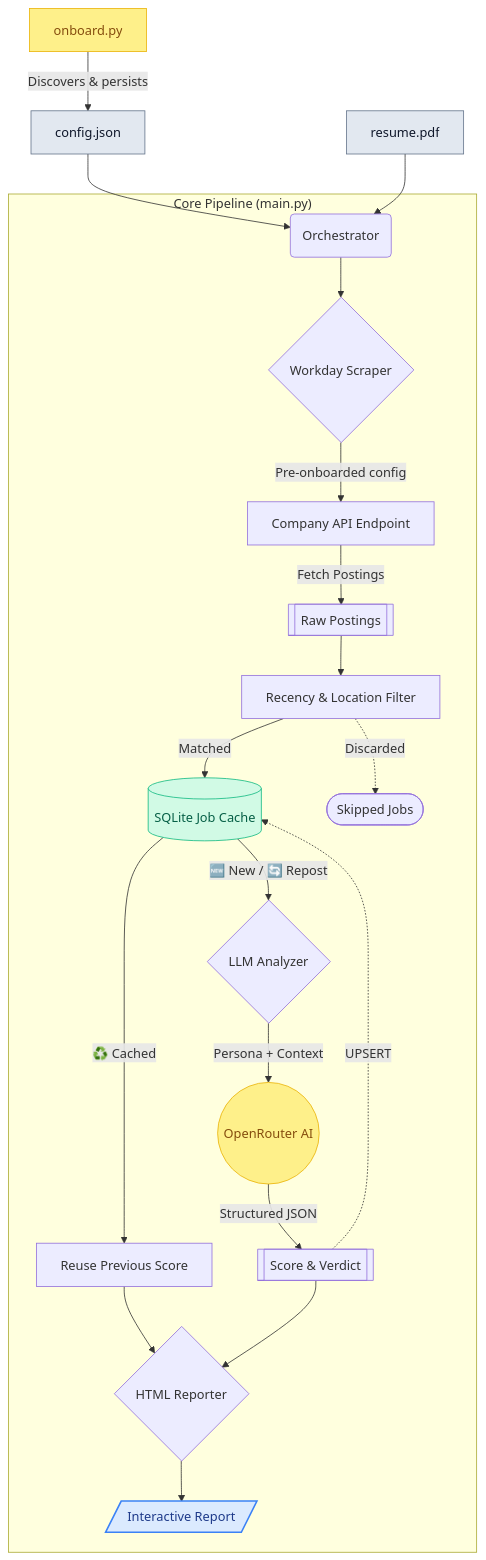
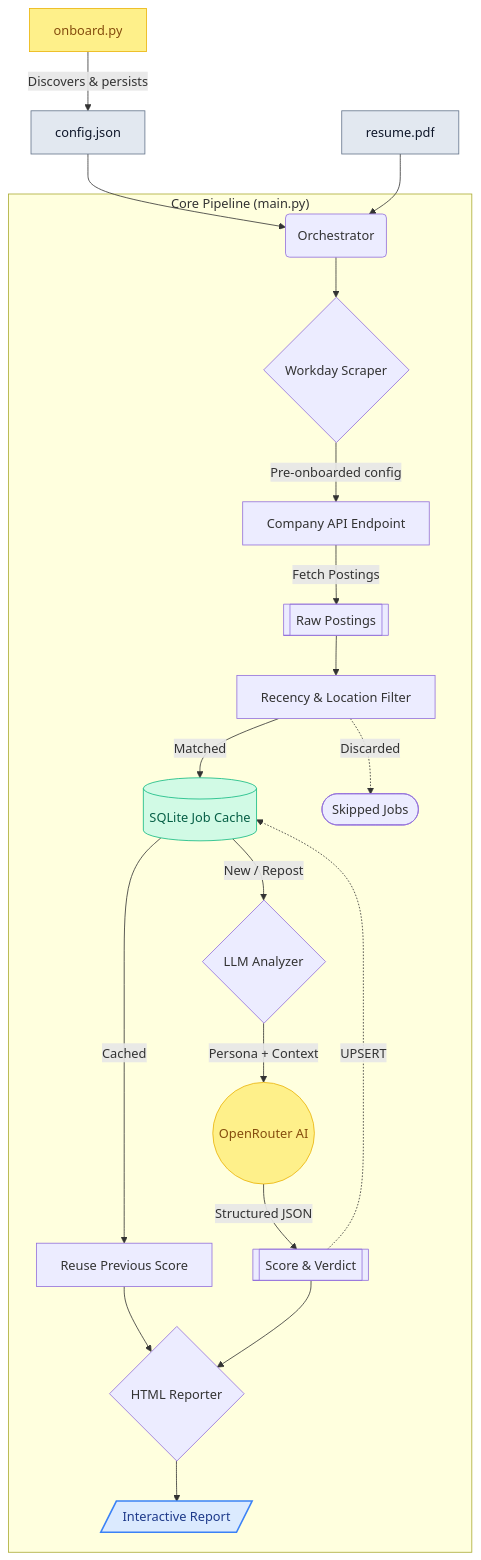
The diagram in README.md (krishnatejh/jobHunter_AG_o4.6), drawn with Mermaid before and after one commit. The commit also changed other lines of this file and 3 other files, not shown here.

````diff
--- a/README.md
+++ b/README.md
@@ -30,33 +30,33 @@
 ```mermaid
 flowchart TD
     Onboard["onboard.py"] -->|Discovers & persists| Config
     Config["`config.json`"] --> Orchestrator
     Resume["`resume.pdf`"] --> Orchestrator
 
     subgraph "Core Pipeline (main.py)"
         Orchestrator(Orchestrator) --> Scraper{Workday Scraper}
         Scraper -->|Pre-onboarded config| ExternalAPI[Company API Endpoint]
         ExternalAPI -->|Fetch Postings| RawJobs[[Raw Postings]]
         RawJobs --> Filter[Recency & Location Filter]
         Filter -->|Matched| Cache[(SQLite Job Cache)]
         Filter -.->|Discarded| Trash([Skipped Jobs])
 
-        Cache -->|♻️ Cached| BypassLLM[Reuse Previous Score]
-        Cache -->|🆕 New / 🔄 Repost| Analyzer{LLM Analyzer}
+        Cache -->| Cached| BypassLLM[Reuse Previous Score]
+        Cache -->| New /  Repost| Analyzer{LLM Analyzer}
 
         Analyzer -->|Persona + Context| OpenRouter((OpenRouter AI))
         OpenRouter -->|Structured JSON| ScoreEval[[Score & Verdict]]
         ScoreEval -.->|UPSERT| Cache
 
         BypassLLM --> Reporter
         ScoreEval --> Reporter{HTML Reporter}
         Reporter --> Output[/Interactive Report/]
     end
 
     style Config fill:#e2e8f0,stroke:#64748b,color:#0f172a
     style Resume fill:#e2e8f0,stroke:#64748b,color:#0f172a
     style Onboard fill:#fef08a,stroke:#eab308,color:#854d0e
     style Output fill:#dbeafe,stroke:#3b82f6,color:#1e3a8a,stroke-width:2px
     style OpenRouter fill:#fef08a,stroke:#eab308,color:#854d0e
     style Cache fill:#d1fae5,stroke:#10b981,color:#065f46
 ```
````
